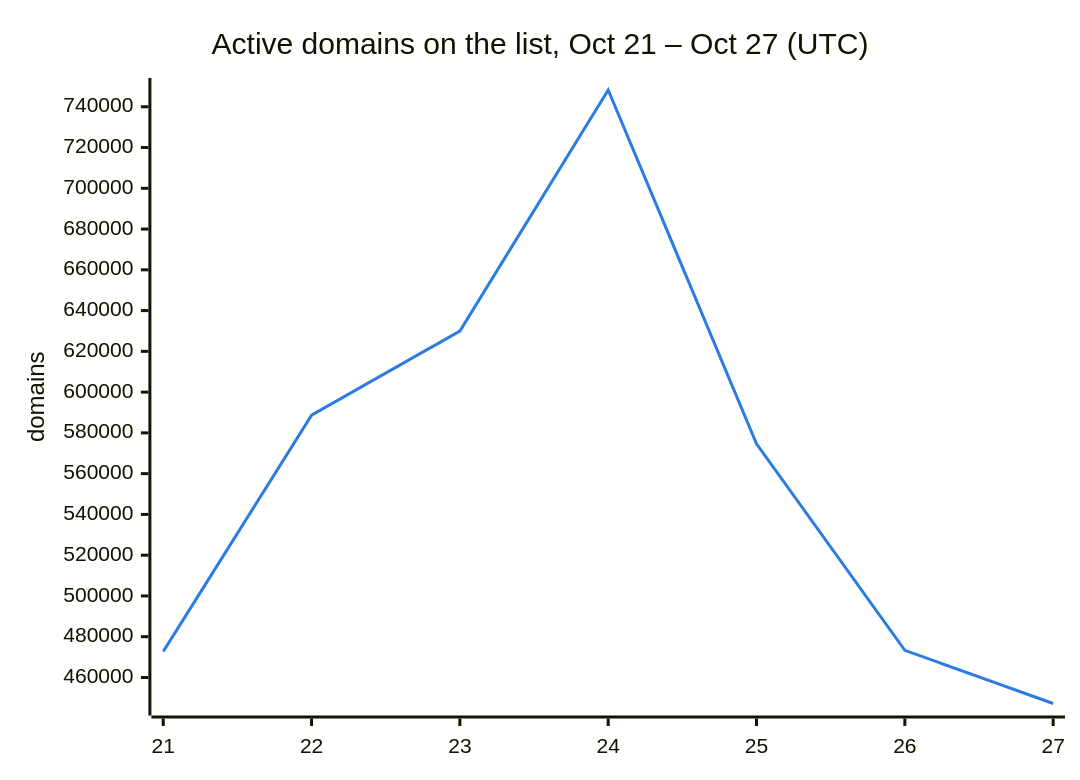
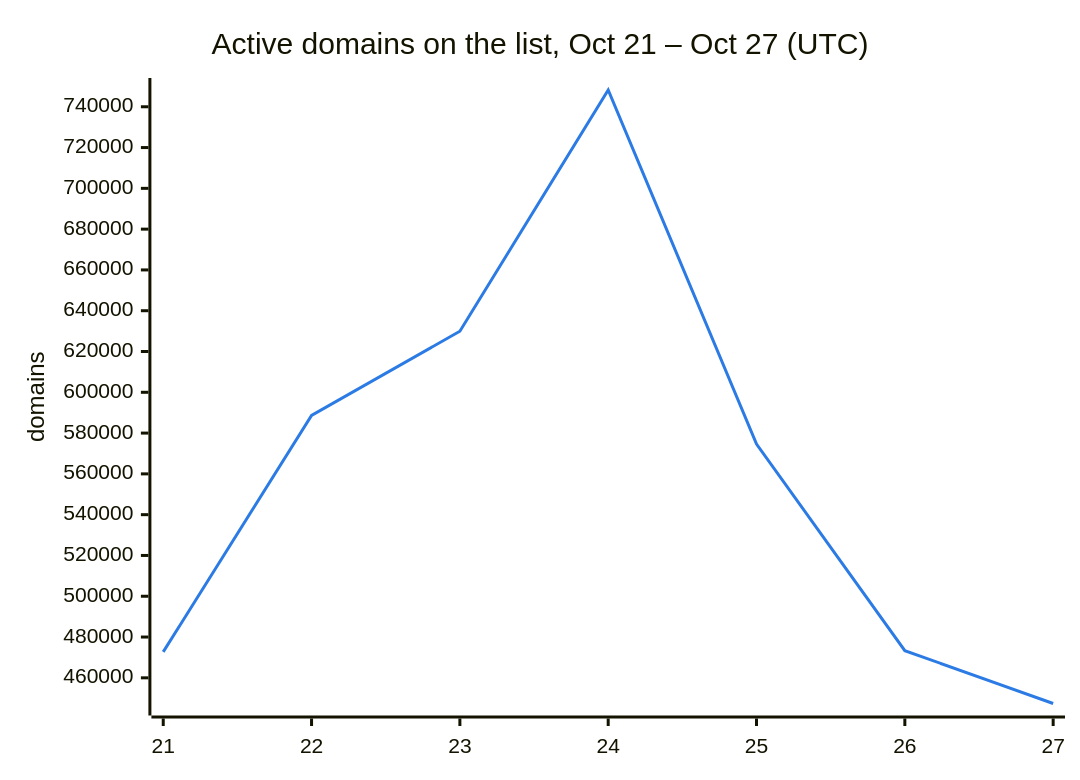
The second of 3 diagrams in README.md (DNSBunker/CTI), drawn with Mermaid before and after one commit. The commit also changed other lines of this file and 3 other files, not shown here.

````diff
--- a/README.md
+++ b/README.md
@@ -38,8 +38,8 @@
 ```mermaid
 %%{init: {"themeVariables": {"xyChart": {"plotColorPalette": "#2c7be5"}}}}%%
 xychart-beta
     title "Active domains on the list, Oct 21 – Oct 27 (UTC)"
     x-axis ["21", "22", "23", "24", "25", "26", "27"]
     y-axis "domains"
-    line [472713, 588659, 629951, 748222, 574614, 473331, 447233]
+    line [472713, 588659, 629951, 748222, 574614, 473331, 447414]
 ```
````
